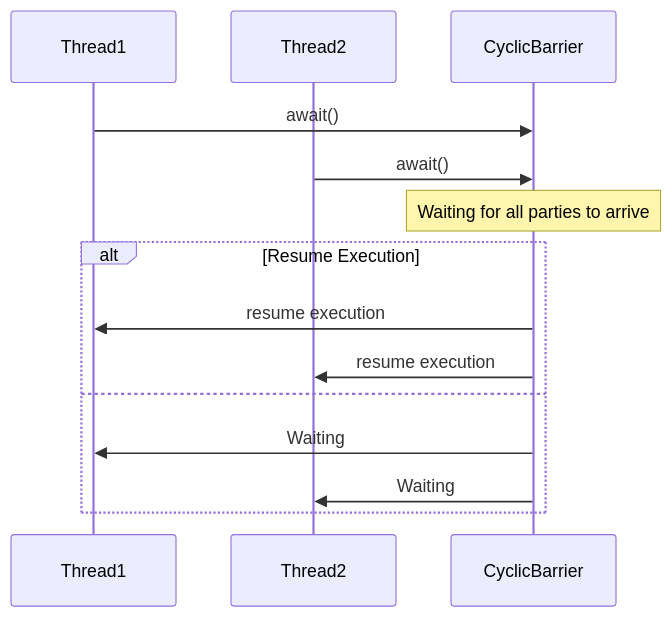
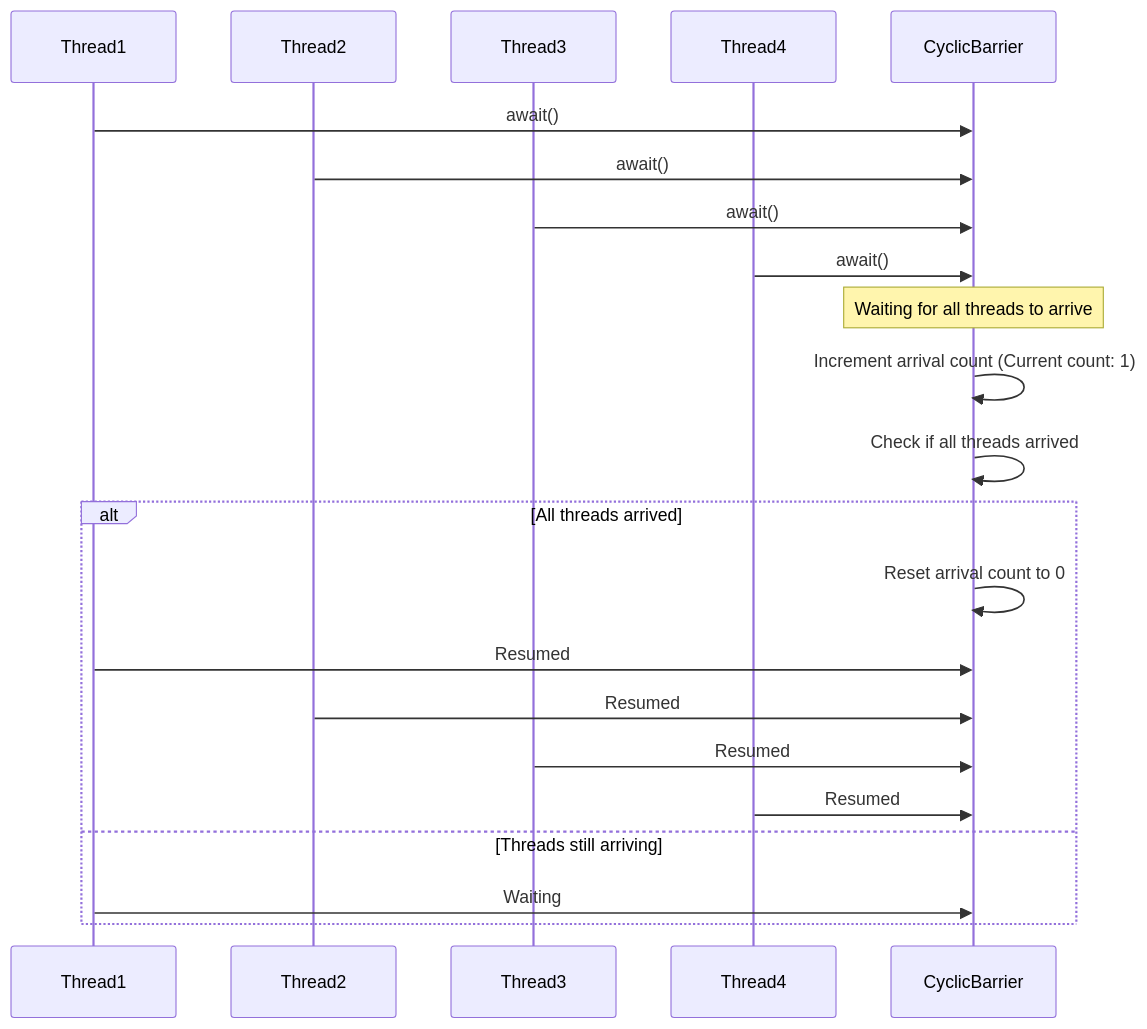
One commit to dtherhtun/Learning-Java changed the third of 5 diagrams in src/com/turing/javase4thbatch/synchronizers/README.md. Above: the diagram before and after it, drawn with Mermaid. The commit also changed other lines of this file, not shown here.

````diff
--- a/src/com/turing/javase4thbatch/synchronizers/README.md
+++ b/src/com/turing/javase4thbatch/synchronizers/README.md
@@ -68,19 +106,29 @@
 ```mermaid
 sequenceDiagram
     participant Thread1
     participant Thread2
+    participant Thread3
+    participant Thread4
     participant CyclicBarrier
 
     Thread1->>CyclicBarrier: await()
     Thread2->>CyclicBarrier: await()
+    Thread3->>CyclicBarrier: await()
+    Thread4->>CyclicBarrier: await()
 
-    Note over CyclicBarrier: Waiting for all parties to arrive
+    Note over CyclicBarrier: Waiting for all threads to arrive
 
-    alt Resume Execution
-        CyclicBarrier->>Thread1: resume execution
-        CyclicBarrier->>Thread2: resume execution
-    else
-        CyclicBarrier->>Thread1: Waiting
-        CyclicBarrier->>Thread2: Waiting
+    CyclicBarrier->>CyclicBarrier: Increment arrival count (Current count: 1)
+    CyclicBarrier->>CyclicBarrier: Check if all threads arrived
+
+    alt All threads arrived
+        CyclicBarrier->>CyclicBarrier: Reset arrival count to 0
+        Thread1->>CyclicBarrier: Resumed
+        Thread2->>CyclicBarrier: Resumed
+        Thread3->>CyclicBarrier: Resumed
+        Thread4->>CyclicBarrier: Resumed
+    else Threads still arriving
+        Thread1->>CyclicBarrier: Waiting
     end
+
 ```
````
